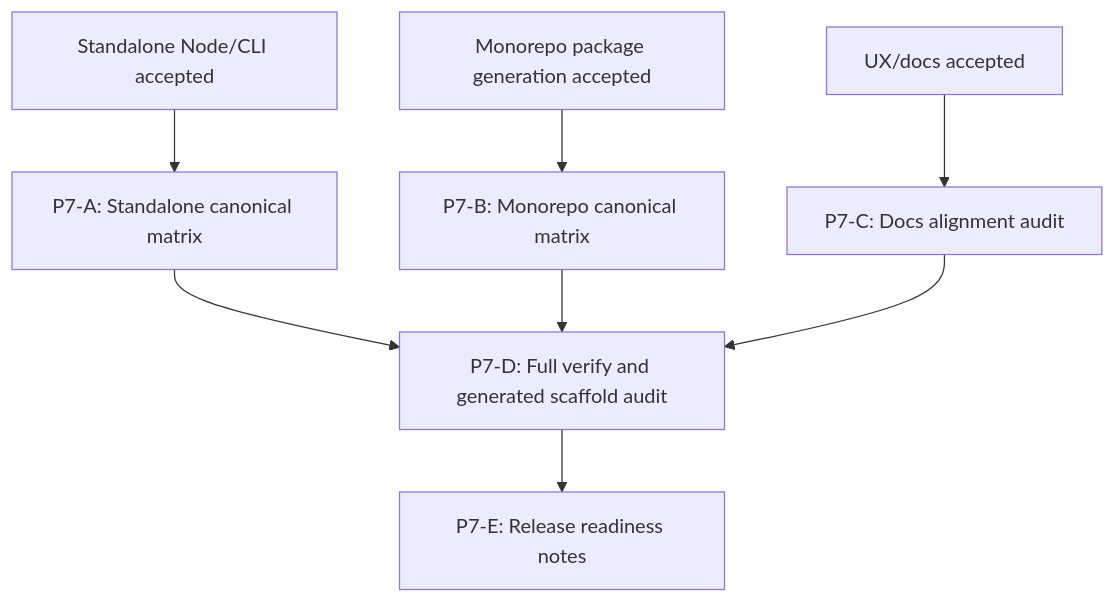
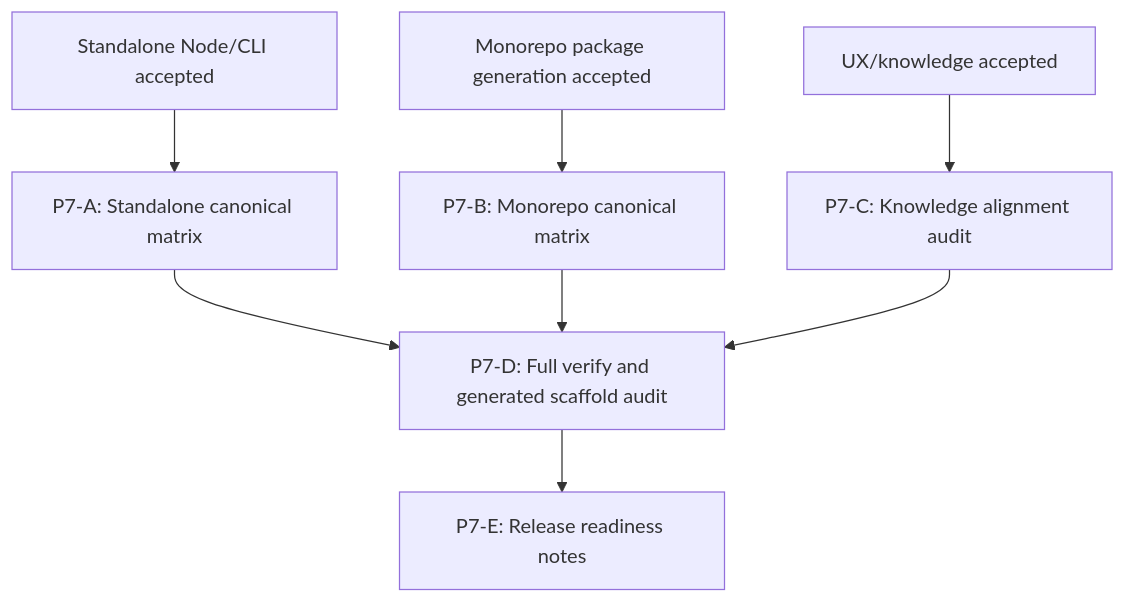
The eighth of 8 diagrams in .trellis/tasks/05-04-monorepo-node-cli-support/prd.md (yume-infra/prelude), drawn with Mermaid before and after one commit. The commit also changed other lines of this file and 242 other files, not shown here.

````diff
--- a/.trellis/tasks/05-04-monorepo-node-cli-support/prd.md
+++ b/.trellis/tasks/05-04-monorepo-node-cli-support/prd.md
@@ -753,10 +753,10 @@
 ```mermaid
 flowchart TD
   P2Done["Standalone Node/CLI accepted"] --> P7A["P7-A: Standalone canonical matrix"]
   P5Done["Monorepo package generation accepted"] --> P7B["P7-B: Monorepo canonical matrix"]
-  P6Done["UX/docs accepted"] --> P7C["P7-C: Docs alignment audit"]
+  P6Done["UX/knowledge accepted"] --> P7C["P7-C: Knowledge alignment audit"]
   P7A --> P7D["P7-D: Full verify and generated scaffold audit"]
   P7B --> P7D
   P7C --> P7D
   P7D --> P7E["P7-E: Release readiness notes"]
 ```
````
